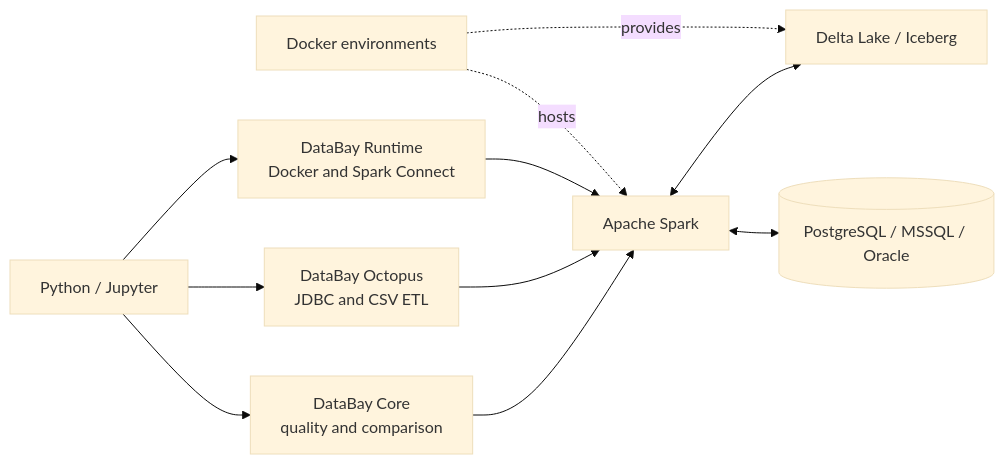
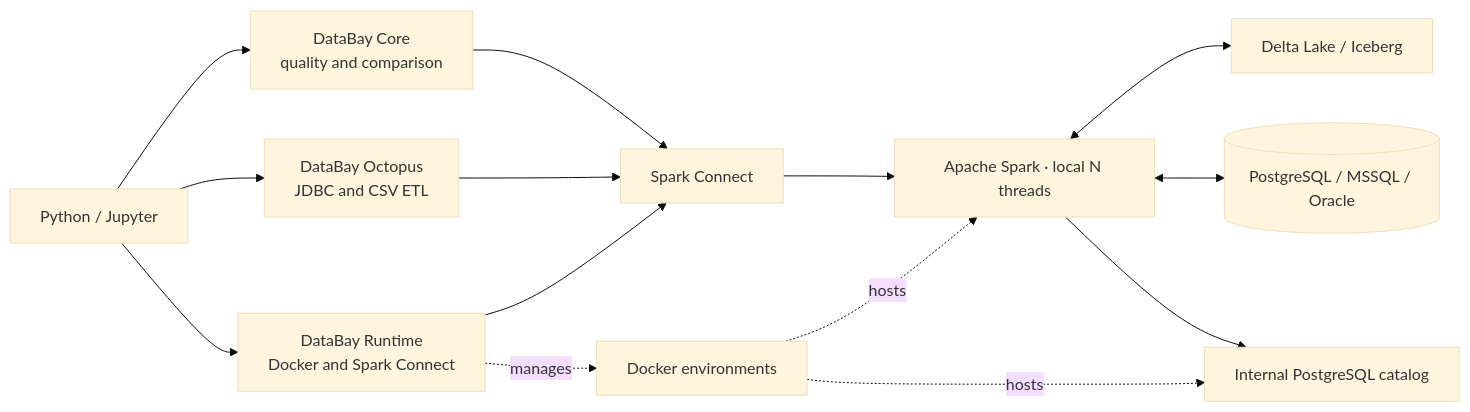
The diagram in README.md (Majo0101/DataBay), drawn with Mermaid (base theme) before and after one commit. The commit also changed other lines of this file and 15 other files, not shown here.

````diff
--- a/README.md
+++ b/README.md
@@ -13,15 +16,18 @@
 ```mermaid
 flowchart LR
     User[Python / Jupyter] --> Core[DataBay Core<br/>quality and comparison]
     User --> ETL[DataBay Octopus<br/>JDBC and CSV ETL]
     User --> Runtime[DataBay Runtime<br/>Docker and Spark Connect]
 
-    Core --> Spark[Apache Spark]
-    ETL --> Spark
-    Runtime --> Spark
+    Core --> Connect[Spark Connect]
+    ETL --> Connect
+    Runtime --> Connect
+    Connect --> Spark[Apache Spark · local N threads]
+    Runtime -. manages .-> Docker
 
     Spark <--> Lakehouse[Delta Lake / Iceberg]
     Spark <--> JDBC[(PostgreSQL / MSSQL / Oracle)]
     Docker[Docker environments] -. hosts .-> Spark
-    Docker -. provides .-> Lakehouse
+    Spark --> Catalog[Internal PostgreSQL catalog]
+    Docker -. hosts .-> Catalog
 ```
````
